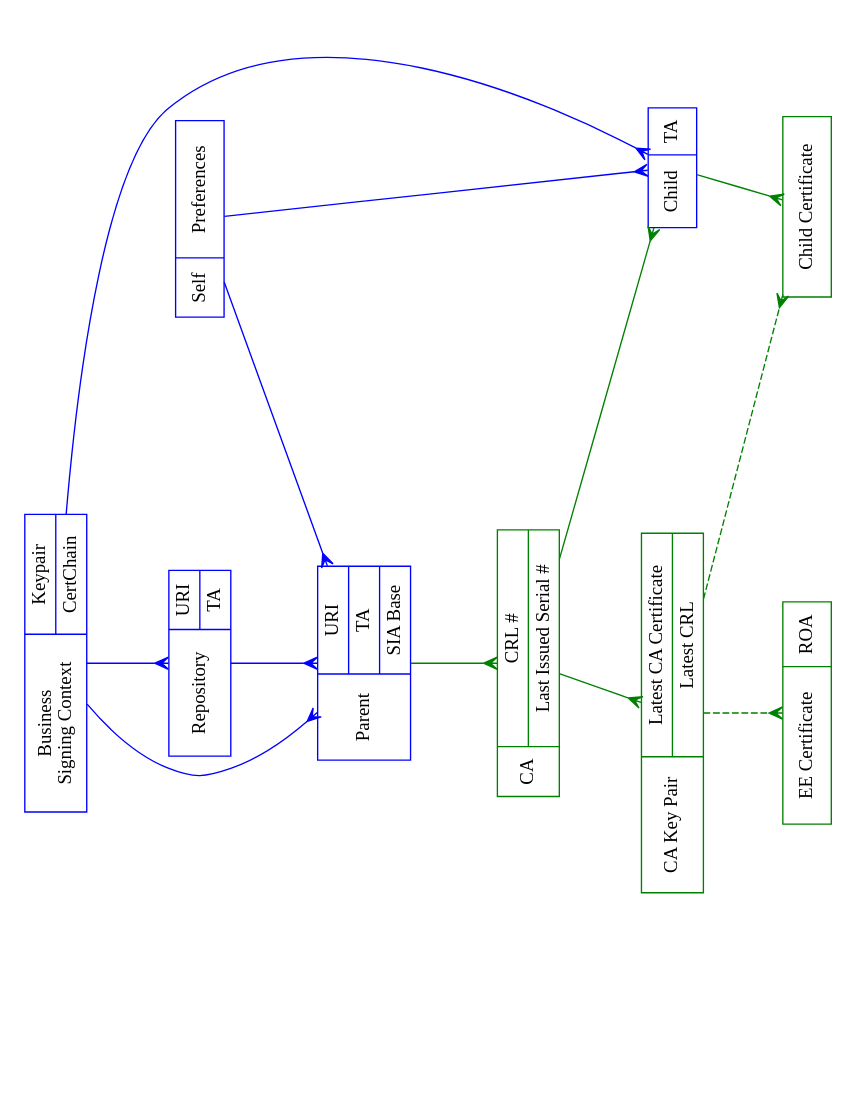
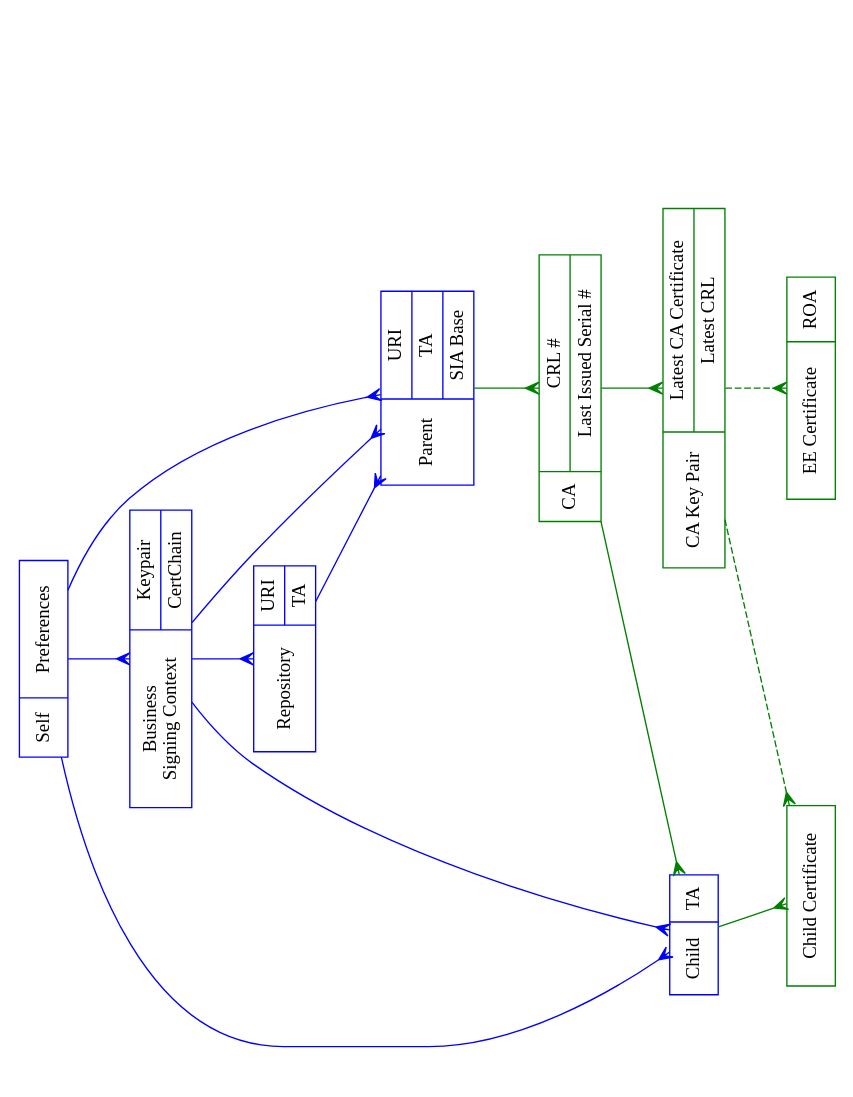
One commit to dragonresearch/rpki.net changed the diagram in docs/repository-engine-objects.dot. Above: the diagram before and after it, drawn with Graphviz.

Commit message:
Add self -> biz_sign link, per Tim.
At this point plain old "dot" seems to graph this mess best, although
"twopi" and "fdp" both produce vaguely plausible results as well.

svn path=/docs/repository-engine-objects.dot; revision=602

```diff
--- a/docs/repository-engine-objects.dot
+++ b/docs/repository-engine-objects.dot
@@ -1,61 +1,62 @@
 // $URL$
 // $Id$
 //
 // {arrowhead,arrowtail} shapes indicate database object relationships:
 //   1-  none
 //   m-  crow
 //
 // Color code:
 //   Blue:  visible in left-right protocol
 //   Green: created on the fly
 
 digraph rpki_engine_objects {
 	rotate=90;	size="11,8.5";	splines=true;	ratio=fill;
 	node		[ shape=record ];
 
 	// Objects visible in left-to-right protocol
 	node		[ color=blue ];
 	self		[ label="Self|{Preferences}" ];
 	parent		[ label="Parent|{URI|TA|SIA Base}" ];
 	repo		[ label="Repository|{URI|TA}" ];
 	child		[ label="Child|{TA}" ];
 	biz_sign	[ label="Business\nSigning Context|{Keypair|CertChain}" ];
 
 	// Objects created on the fly by the RPKI engine
 	node		[ color=green ];
 	ca		[ label="CA|{CRL #|Last Issued Serial #}" ];
 	child_cert	[ label="Child Certificate" ];
 	ee_cert		[ label="EE Certificate|{ROA}" ];
 	ca_key_pair	[ label="CA Key Pair|{Latest CA Certificate|Latest CRL}" ];
 
 	// One-many mappings
 	edge [ color=blue, arrowtail=none, arrowhead=crow ];
+	self -> biz_sign;
 	biz_sign -> child;
 	biz_sign -> parent;
 	biz_sign -> repo;
 	self -> child;
 	self -> parent;
 	repo -> parent;
 
 	// This is many-many because each child is an entity, each CA
 	// can have multiple children, and each child can hold certs
 	// from multiple CAs (thanks, RobL).
 	//
 	ca -> child	[ color=green, arrowtail=crow, arrowhead=crow ];
 
 
 	// One-many mappings
 	edge [ color=green, arrowtail=none, arrowhead=crow ];
 	ca -> ca_key_pair;
 	child -> child_cert;
 	parent -> ca;
 
 	// Weird one-many
 	edge [ color=green, arrowtail=none, arrowhead=crow, style=dashed ];
 	ca_key_pair -> child_cert;
 	ca_key_pair -> ee_cert;
 }
 
 // Local Variables:
-// compile-command: "neato -Tps2 repository-engine-objects.dot | ps2pdf - repository-engine-objects.pdf"
+// compile-command: "dot -Tps2 repository-engine-objects.dot | ps2pdf - repository-engine-objects.pdf"
 // End:
```
